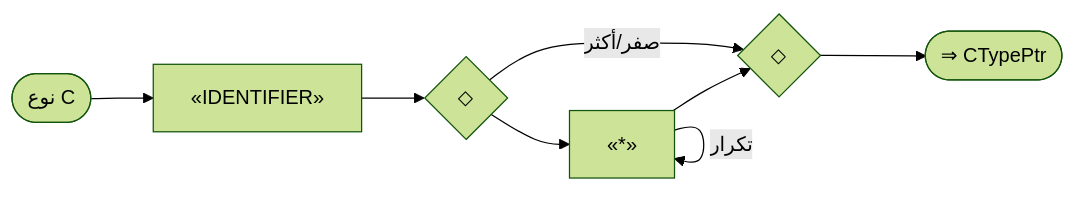
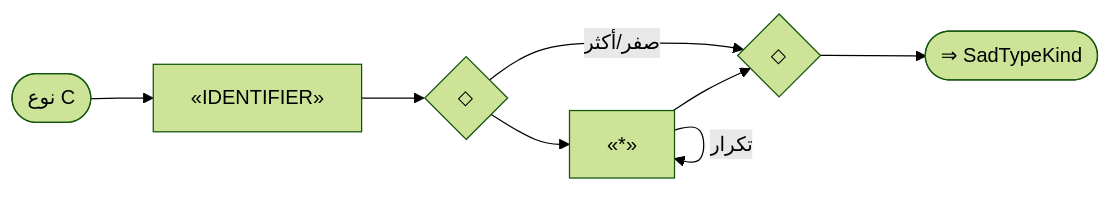
One commit to sadlang/sadlang changed diagram 43 of 55 in docs/parser_rule/_generated/60_advanced.md. Above: the diagram before and after it, drawn with Mermaid (forest theme). The commit also changed other lines of this file and 33 other files, not shown here.

````diff
--- a/docs/parser_rule/_generated/60_advanced.md
+++ b/docs/parser_rule/_generated/60_advanced.md
@@ -1409,16 +1409,16 @@
 ```mermaid
 flowchart LR
   n1(["نوع C"])
   n2["«IDENTIFIER»"]
   n3{"◇"}
   n4{"◇"}
   n5["«*»"]
   n3 --> n5
   n5 --> n4
   n5 -- "تكرار" --> n5
   n3 -- "صفر/أكثر" --> n4
   n2 --> n3
   n1 --> n2
-  n6(["⇒ CTypePtr"])
+  n6(["⇒ SadTypeKind"])
   n4 --> n6
 ```
````
